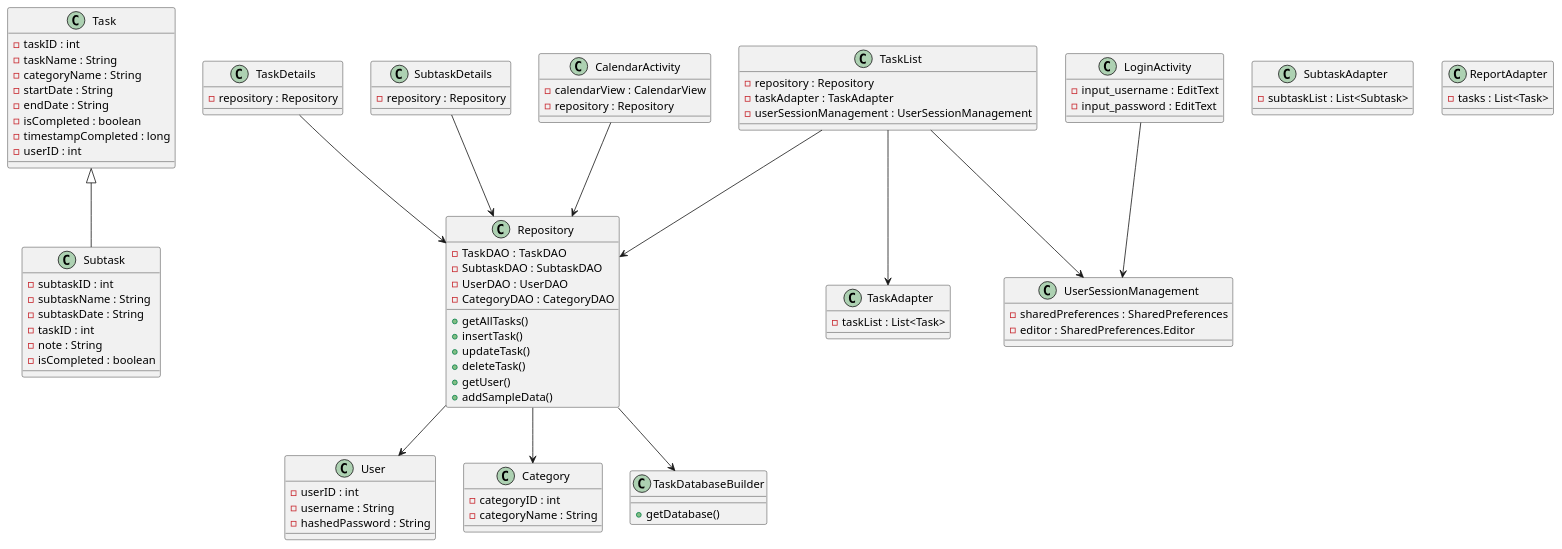
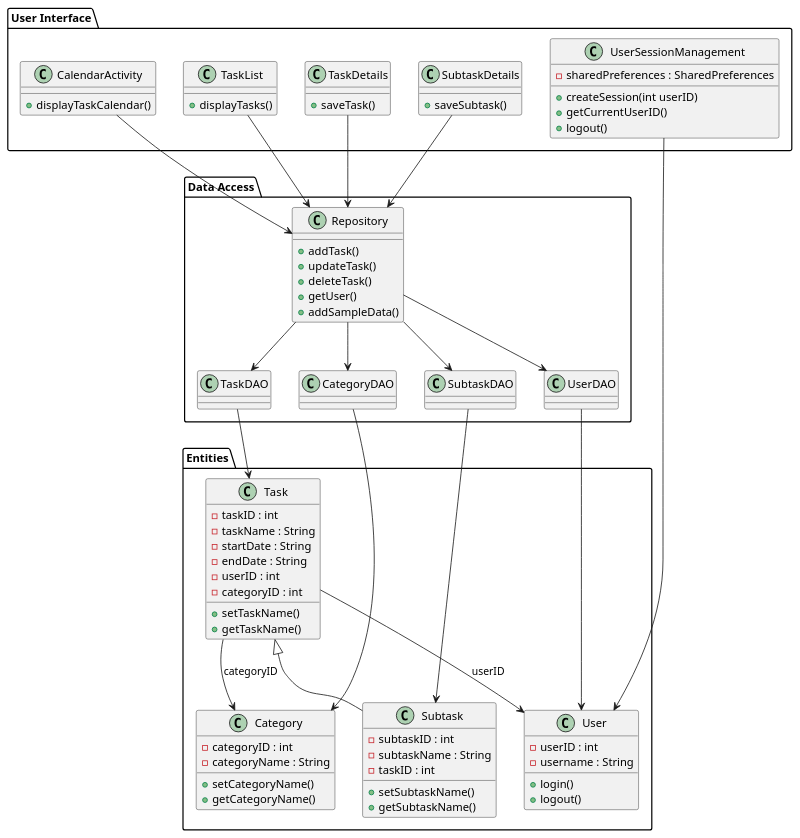
One commit to kimberly-nguyense/Software-Engineering-Capstone changed the diagram in docs/diagram.puml. Above: the diagram before and after it, drawn with PlantUML. The commit also changed 1 other file, not shown here.

Commit message:
Adjust Class Diagram

```diff
--- a/docs/diagram.puml
+++ b/docs/diagram.puml
@@ -1,104 +1,95 @@
 @startuml
 
-class Task {
-  - taskID : int
-  - taskName : String
-  - categoryName : String
-  - startDate : String
-  - endDate : String
-  - isCompleted : boolean
-  - timestampCompleted : long
-  - userID : int
+package "Entities" {
+    class Task {
+      - taskID : int
+      - taskName : String
+      - startDate : String
+      - endDate : String
+      - userID : int
+      - categoryID : int
+      + setTaskName()
+      + getTaskName()
+    }
+
+    class Subtask {
+      - subtaskID : int
+      - subtaskName : String
+      - taskID : int
+      + setSubtaskName()
+      + getSubtaskName()
+    }
+
+    class User {
+      - userID : int
+      - username : String
+      + login()
+      + logout()
+    }
+
+    class Category {
+      - categoryID : int
+      - categoryName : String
+      + setCategoryName()
+      + getCategoryName()
+    }
 }
 
-class Subtask {
-  - subtaskID : int
-  - subtaskName : String
-  - subtaskDate : String
-  - taskID : int
-  - note : String
-  - isCompleted : boolean
+package "Data Access" {
+    class TaskDAO {}
+    class SubtaskDAO {}
+    class UserDAO {}
+    class CategoryDAO {}
+
+    class Repository {
+      + addTask()
+      + updateTask()
+      + deleteTask()
+      + getUser()
+      + addSampleData()
+    }
 }
 
-class User {
-  - userID : int
-  - username : String
-  - hashedPassword : String
-}
+package "User Interface" {
+    class TaskList {
+      + displayTasks()
+    }
 
-class Category {
-  - categoryID : int
-  - categoryName : String
-}
+    class TaskDetails {
+      + saveTask()
+    }
 
-class Repository {
-  - TaskDAO : TaskDAO
-  - SubtaskDAO : SubtaskDAO
-  - UserDAO : UserDAO
-  - CategoryDAO : CategoryDAO
-  + getAllTasks()
-  + insertTask()
-  + updateTask()
-  + deleteTask()
-  + getUser()
-  + addSampleData()
-}
+    class SubtaskDetails {
+      + saveSubtask()
+    }
 
-class TaskDatabaseBuilder {
-  + getDatabase()
-}
+    class CalendarActivity {
+      + displayTaskCalendar()
+    }
 
-class TaskList {
-  - repository : Repository
-  - taskAdapter : TaskAdapter
-  - userSessionManagement : UserSessionManagement
-}
-
-class TaskDetails {
-  - repository : Repository
-}
-
-class SubtaskDetails {
-  - repository : Repository
-}
-
-class LoginActivity {
-  - input_username : EditText
-  - input_password : EditText
-}
-
-class CalendarActivity {
-  - calendarView : CalendarView
-  - repository : Repository
-}
-
-class TaskAdapter {
-  - taskList : List<Task>
-}
-
-class SubtaskAdapter {
-  - subtaskList : List<Subtask>
-}
-
-class ReportAdapter {
-  - tasks : List<Task>
-}
-
-class UserSessionManagement {
-  - sharedPreferences : SharedPreferences
-  - editor : SharedPreferences.Editor
+    class UserSessionManagement {
+      - sharedPreferences : SharedPreferences
+      + createSession(int userID)
+      + getCurrentUserID()
+      + logout()
+    }
 }
 
 Task <|-- Subtask
-Repository --> TaskDatabaseBuilder
-Repository --> User
-Repository --> Category
+TaskDAO --> Task
+SubtaskDAO --> Subtask
+UserDAO --> User
+CategoryDAO --> Category
+Repository --> TaskDAO
+Repository --> SubtaskDAO
+Repository --> UserDAO
+Repository --> CategoryDAO
 TaskList --> Repository
-TaskList --> TaskAdapter
-TaskList --> UserSessionManagement
 TaskDetails --> Repository
 SubtaskDetails --> Repository
 CalendarActivity --> Repository
-LoginActivity --> UserSessionManagement
+UserSessionManagement --> User
+Task --> User : "userID"
+Task --> Category : "categoryID"
 
 @enduml
```
